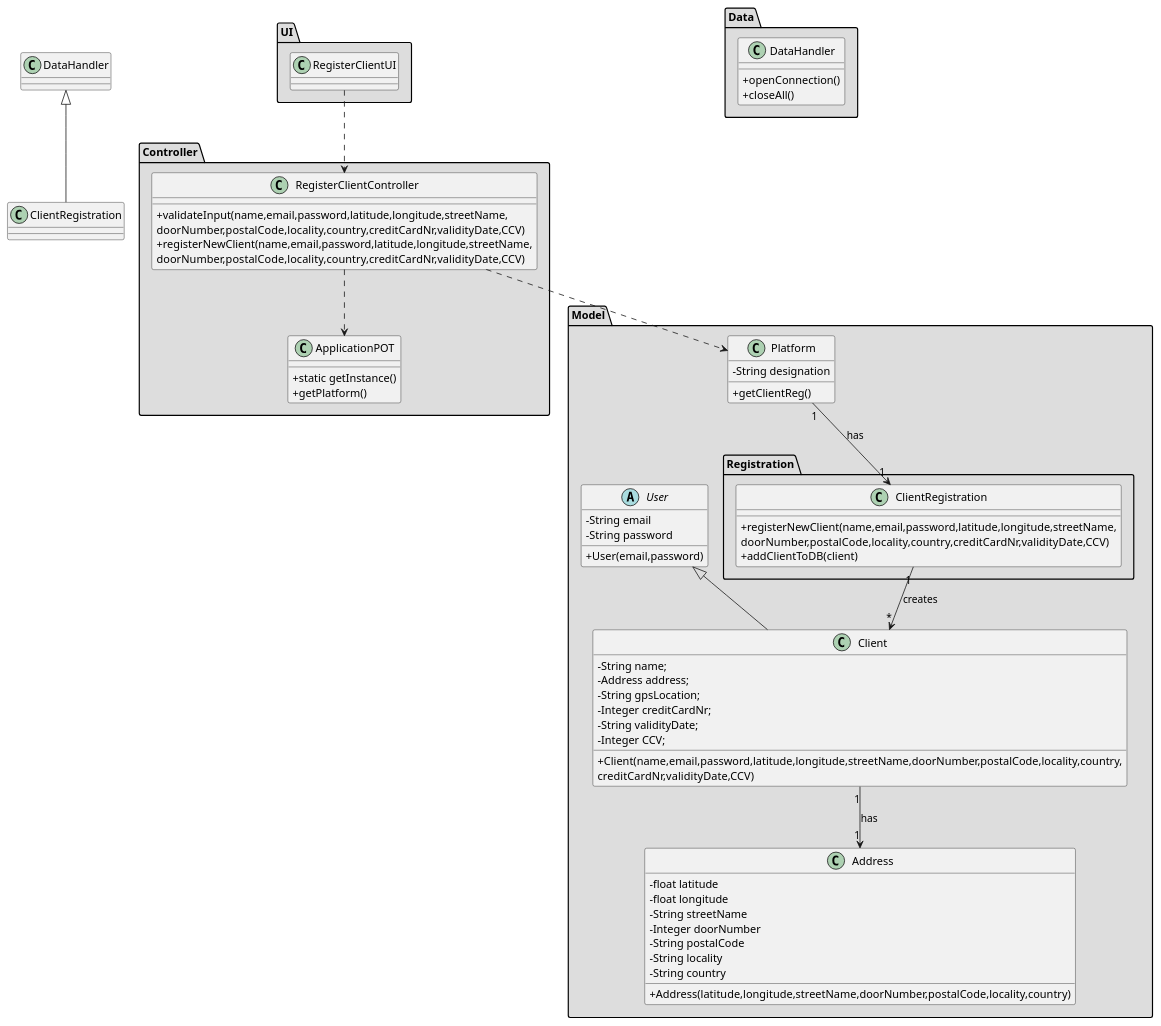
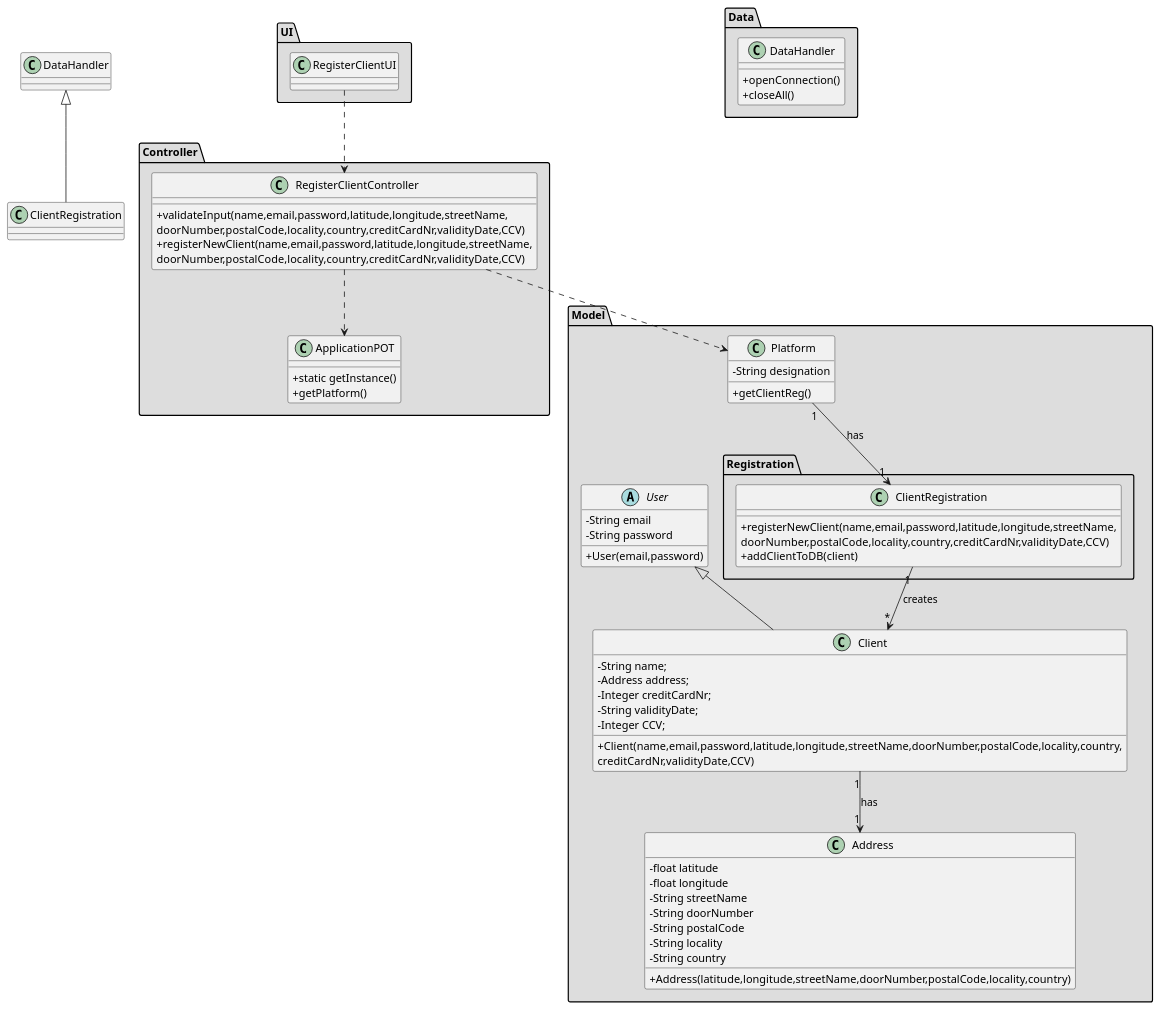
Before and after one commit to tiagoavcosta25/LAPR3: the diagram in docs/Iteration 1/User Management/US18_RegisterClient/US18_CD.puml, drawn with PlantUML. The commit also changed 6 other files, not shown here.

```diff
--- a/docs/Iteration 1/User Management/US18_RegisterClient/US18_CD.puml
+++ b/docs/Iteration 1/User Management/US18_RegisterClient/US18_CD.puml
@@ -1,97 +1,96 @@
 @startuml
 skinparam classAttributeIconSize 0
 
 
 package "Controller" #DDDDDD {
 class ApplicationPOT
 {
   +static getInstance()
   +getPlatform()
 }
 }
 
 
 package "UI" #DDDDDD {
 class RegisterClientUI{
 
 }
 }
 
 
 package "Controller" #DDDDDD {
 class RegisterClientController{
 +validateInput(name,email,password,latitude,longitude,streetName,\ndoorNumber,postalCode,locality,country,creditCardNr,validityDate,CCV)
 +registerNewClient(name,email,password,latitude,longitude,streetName,\ndoorNumber,postalCode,locality,country,creditCardNr,validityDate,CCV)
 }
 }
 
 
 package "Model" #DDDDDD {
 class Platform {
   -String designation
   +getClientReg()
 }
 package "Registration" #DDDDDD {
  class ClientRegistration{
  +registerNewClient(name,email,password,latitude,longitude,streetName,\ndoorNumber,postalCode,locality,country,creditCardNr,validityDate,CCV)
  +addClientToDB(client)
  }
  }
 }
 
 
 
 
 package "Model" #DDDDDD {
 abstract class User{
 -String email
 -String password
 +User(email,password)
 }
 
 class Client extends User
 
 class Client{
 -String name;
 -Address address;
--String gpsLocation;
 -Integer creditCardNr;
 -String validityDate;
 -Integer CCV;
 +Client(name,email,password,latitude,longitude,streetName,doorNumber,postalCode,locality,country,
                         creditCardNr,validityDate,CCV)
 }
 
 class Address{
 -float latitude
 -float longitude
 -String streetName
--Integer doorNumber
+-String doorNumber
 -String postalCode
 -String locality
 -String country
 +Address(latitude,longitude,streetName,doorNumber,postalCode,locality,country)
 }
 
 }
 
 
 package "Data" #DDDDDD {
 class DataHandler{
 +openConnection()
 +closeAll()
 }
 
 }
 
 
 RegisterClientUI ..> RegisterClientController
 RegisterClientController ..> Platform
 RegisterClientController ..> ApplicationPOT
 Platform "1" --> "1" ClientRegistration : has
 ClientRegistration "1" --> "*" Client : creates
 class ClientRegistration extends DataHandler
 Client "1" --> "1" Address : has
 
 
 @enduml
```
